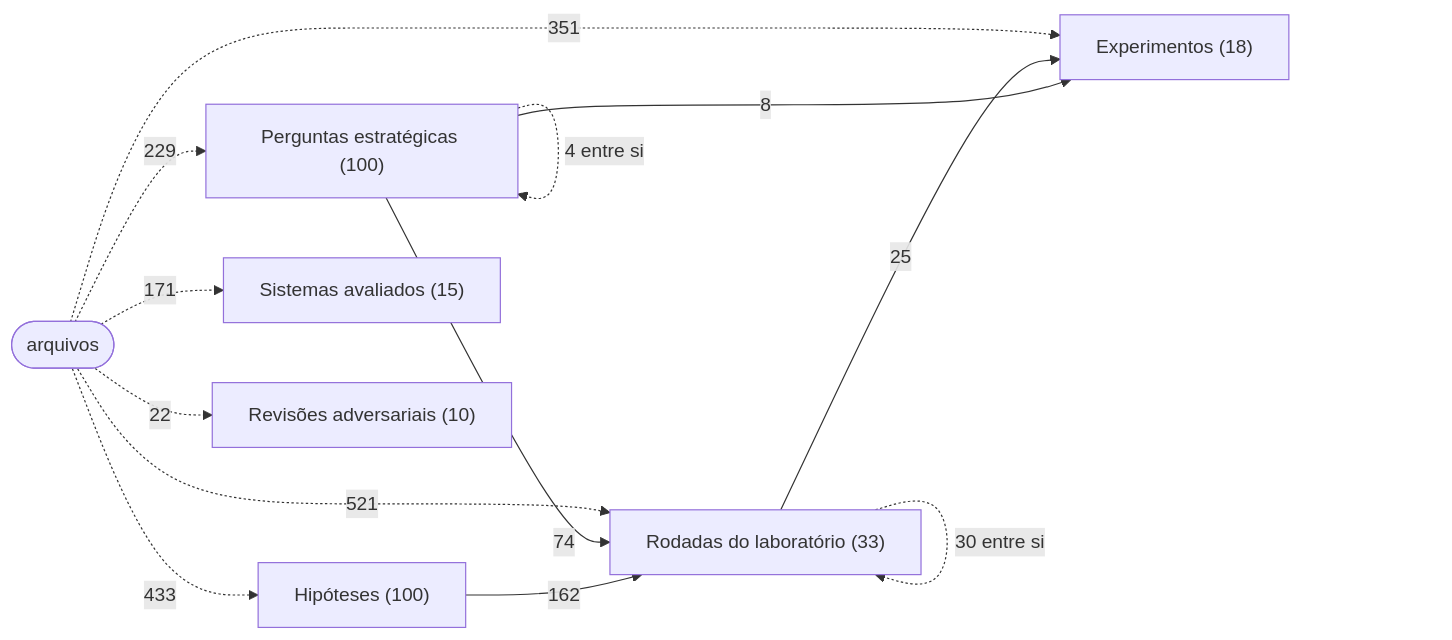
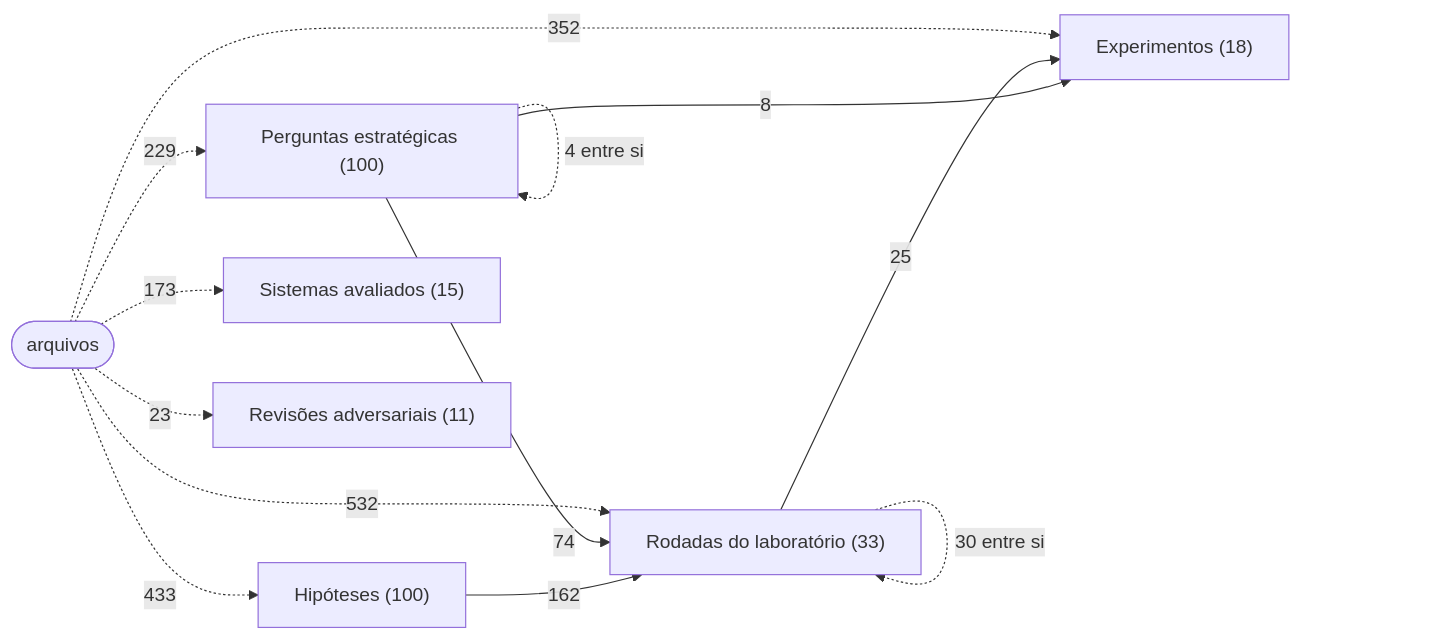
The first of 3 diagrams in MAPA.md (igormorais123/JEV), drawn with Mermaid before and after one commit. The commit also changed other lines of this file and 109 other files, not shown here.

````diff
--- a/MAPA.md
+++ b/MAPA.md
@@ -59,22 +63,22 @@
 ```mermaid
 flowchart LR
   ARQ(["arquivos"])
   E["Experimentos (18)"]
   R["Rodadas do laboratório (33)"]
   H["Hipóteses (100)"]
   Q["Perguntas estratégicas (100)"]
   S["Sistemas avaliados (15)"]
-  V["Revisões adversariais (10)"]
+  V["Revisões adversariais (11)"]
   H -->|162| R
   Q -->|8| E
   Q -.->|4 entre si| Q
   Q -->|74| R
   R -->|25| E
   R -.->|30 entre si| R
-  ARQ -.->|351| E
+  ARQ -.->|352| E
   ARQ -.->|433| H
   ARQ -.->|229| Q
-  ARQ -.->|521| R
-  ARQ -.->|171| S
-  ARQ -.->|22| V
+  ARQ -.->|532| R
+  ARQ -.->|173| S
+  ARQ -.->|23| V
 ```
````
